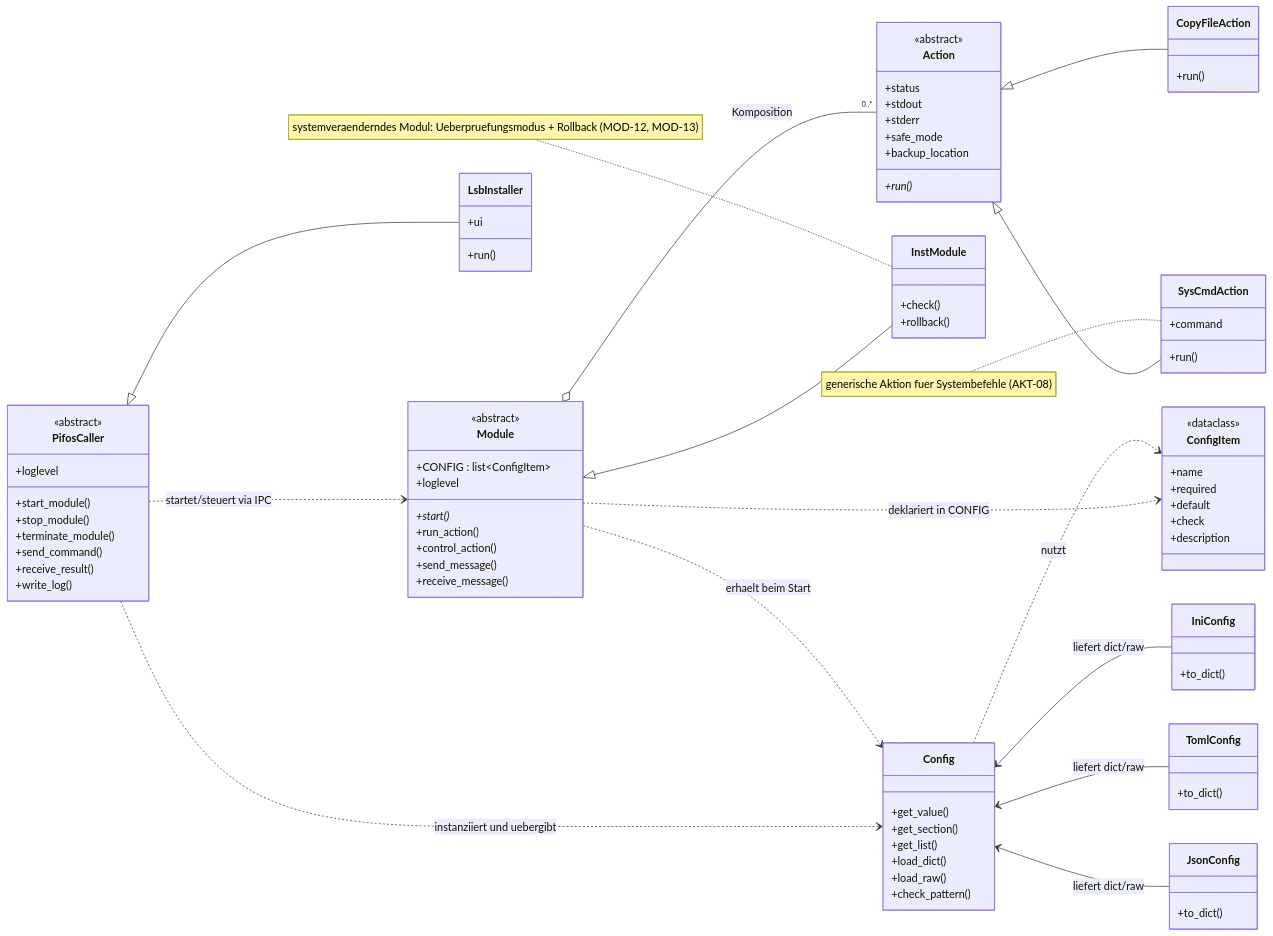
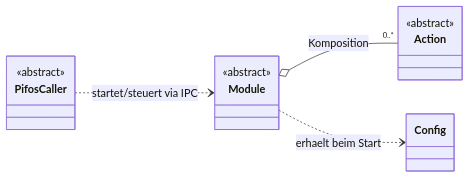
One commit to macodix/pifos changed the first of 4 diagrams in docs/04_implementierungsplan.md. Above: the diagram before and after it, drawn with Mermaid. The commit also changed other lines of this file, not shown here.

Commit message:
Klassendiagramm auf vier Kernklassen reduziert; ID-Fliesstextverweise als Klammerzusatz ans Satzende

````diff
--- a/docs/04_implementierungsplan.md
+++ b/docs/04_implementierungsplan.md
@@ -48,101 +48,18 @@
 classDiagram
     direction LR
 
+    class PifosCaller {
+        <<abstract>>
+    }
+    class Module {
+        <<abstract>>
+    }
     class Action {
         <<abstract>>
-        +status
-        +stdout
-        +stderr
-        +safe_mode
-        +backup_location
-        +run()*
     }
-
-    class CopyFileAction {
-        +run()
-    }
-    class SysCmdAction {
-        +command
-        +run()
-    }
-
-    Action <|-- CopyFileAction
-    Action <|-- SysCmdAction
-    note for SysCmdAction "generische Aktion fuer Systembefehle (AKT-08)"
-
-    class Module {
-        <<abstract>>
-        +CONFIG : list~ConfigItem~
-        +loglevel
-        +start()*
-        +run_action()
-        +control_action()
-        +send_message()
-        +receive_message()
-    }
-
-    class InstModule {
-        +check()
-        +rollback()
-    }
-
-    Module <|-- InstModule
-    note for InstModule "systemveraenderndes Modul: Ueberpruefungsmodus + Rollback (MOD-12, MOD-13)"
+    class Config
 
     Module o-- "0..*" Action : Komposition
-
-    class Config {
-        +get_value()
-        +get_section()
-        +get_list()
-        +load_dict()
-        +load_raw()
-        +check_pattern()
-    }
-
-    class ConfigItem {
-        <<dataclass>>
-        +name
-        +required
-        +default
-        +check
-        +description
-    }
-
-    class IniConfig {
-        +to_dict()
-    }
-    class TomlConfig {
-        +to_dict()
-    }
-    class JsonConfig {
-        +to_dict()
-    }
-
-    Config ..> ConfigItem : nutzt
-    Config <-- IniConfig : liefert dict/raw
-    Config <-- TomlConfig : liefert dict/raw
-    Config <-- JsonConfig : liefert dict/raw
     Module ..> Config : erhaelt beim Start
-    Module ..> ConfigItem : deklariert in CONFIG
-
-    class PifosCaller {
-        <<abstract>>
-        +loglevel
-        +start_module()
-        +stop_module()
-        +terminate_module()
-        +send_command()
-        +receive_result()
-        +write_log()
-    }
-
-    class LsbInstaller {
-        +ui
-        +run()
-    }
-
-    PifosCaller <|-- LsbInstaller
     PifosCaller ..> Module : startet/steuert via IPC
-    PifosCaller ..> Config : instanziiert und uebergibt
 ```
````
